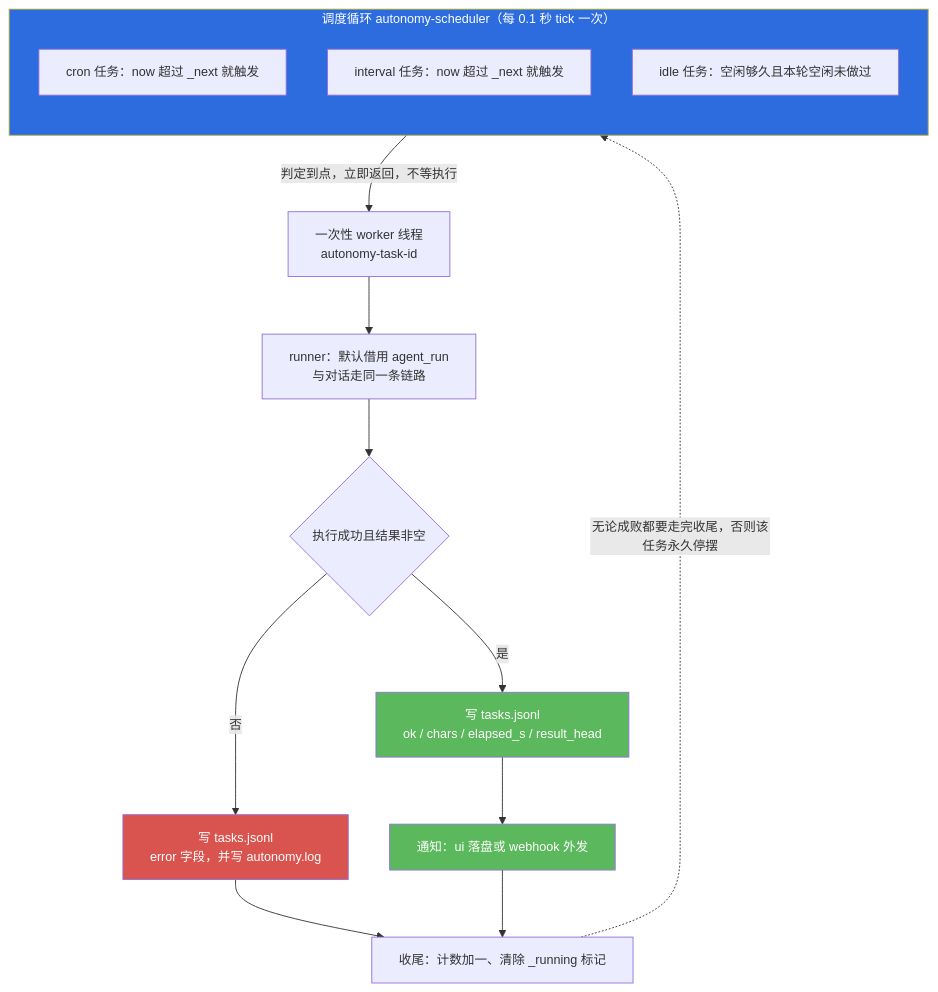
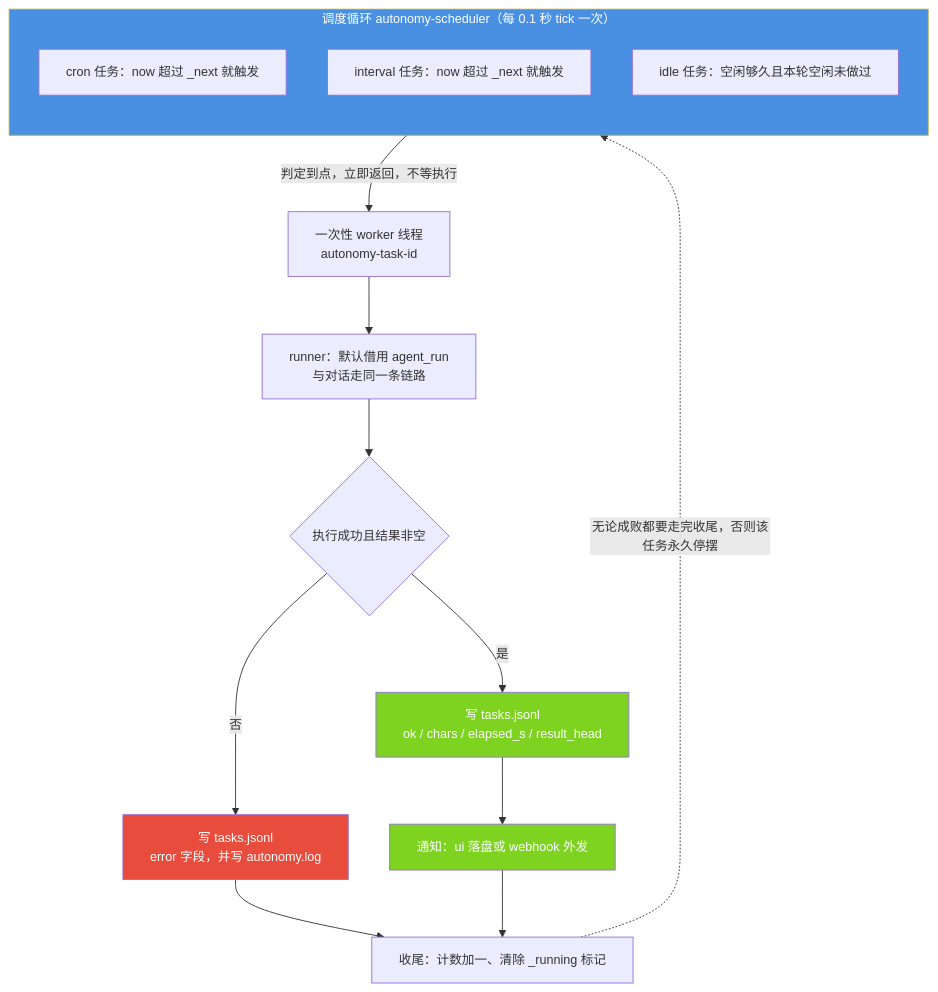
Before and after one commit to jiangchuangege/xiaojiao-harnees: the second of 4 diagrams in docs/modules/05-autonomy.md, drawn with Mermaid. The commit also changed other lines of this file and 32 other files, not shown here.

Commit message:
统一：全仓原理图配色到一套调色板 + 给 12 张灰图补色 + 修正自己会睡那张过期图

````diff
--- a/docs/modules/05-autonomy.md
+++ b/docs/modules/05-autonomy.md
@@ -236,27 +236,27 @@
 ```mermaid
 %%{init: {"themeVariables": {"fontSize": "14px"}, "flowchart": {"htmlLabels": true, "wrappingWidth": 340, "nodeSpacing": 46, "rankSpacing": 64, "useMaxWidth": true}}}%%
 flowchart TB
     subgraph LOOP["调度循环 autonomy-scheduler（每 0.1 秒 tick 一次）"]
         direction TB
         T1["cron 任务：now 超过 _next 就触发"]
         T2["interval 任务：now 超过 _next 就触发"]
         T3["idle 任务：空闲够久且本轮空闲未做过"]
     end
 
     LOOP -->|"判定到点，立即返回，不等执行"| WK["一次性 worker 线程<br/>autonomy-task-id"]
 
     WK --> RUN["runner：默认借用 agent_run<br/>与对话走同一条链路"]
     RUN --> OK{"执行成功且结果非空"}
 
     OK -->|"是"| LOG["写 tasks.jsonl<br/>ok / chars / elapsed_s / result_head"]
     OK -->|"否"| LOG2["写 tasks.jsonl<br/>error 字段，并写 autonomy.log"]
     LOG --> NOTIFY["通知：ui 落盘或 webhook 外发"]
     LOG2 --> CLR["收尾：计数加一、清除 _running 标记"]
     NOTIFY --> CLR
     CLR -.->|"无论成败都要走完收尾，否则该任务永久停摆"| LOOP
 
-    style LOOP fill:#2d6cdf,color:#fff
-    style LOG fill:#5cb85c,color:#fff
-    style NOTIFY fill:#5cb85c,color:#fff
-    style LOG2 fill:#d9534f,color:#fff
+    style LOOP fill:#4A90E2,color:#fff
+    style LOG fill:#7ED321,color:#fff
+    style NOTIFY fill:#7ED321,color:#fff
+    style LOG2 fill:#E74C3C,color:#fff
 ```
````
